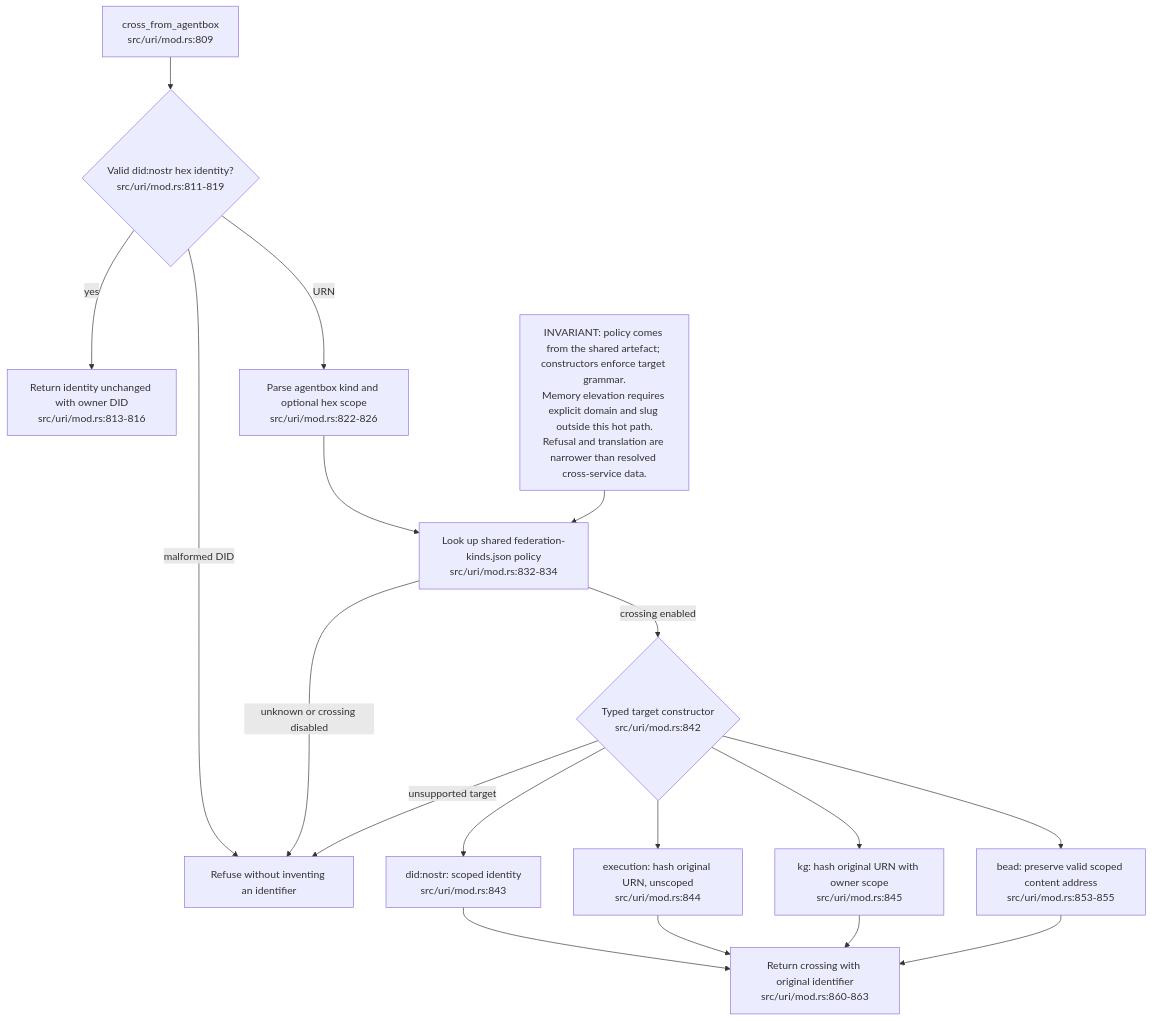
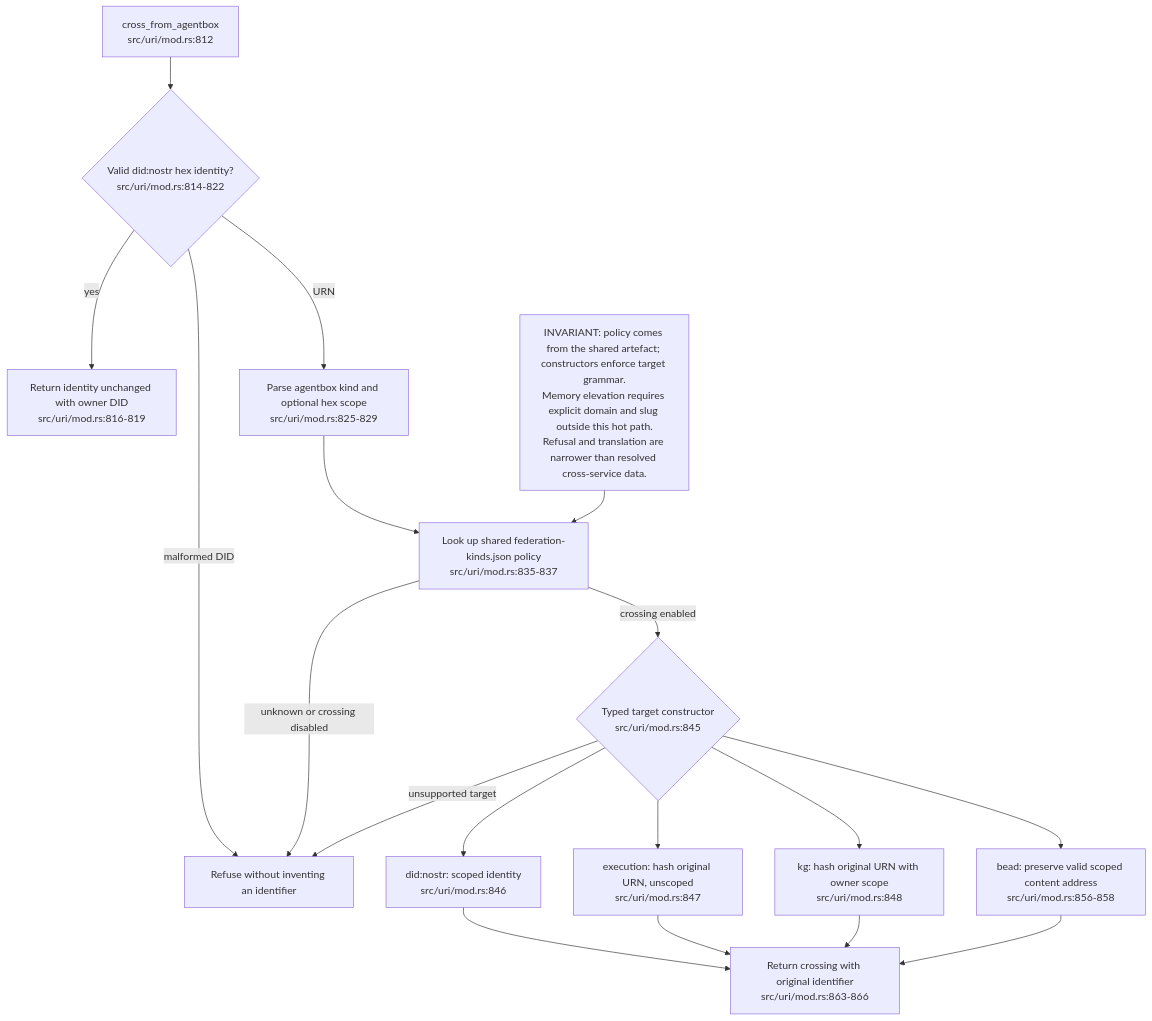
Before and after one commit to DreamLab-AI/VisionFlow: the fourth of 12 diagrams in docs/diagrams/estate/03-cross-repo-federation-contract.md, drawn with Mermaid. The commit also changed other lines of this file and 91 other files, not shown here.

````diff
--- a/docs/diagrams/estate/03-cross-repo-federation-contract.md
+++ b/docs/diagrams/estate/03-cross-repo-federation-contract.md
@@ -176,20 +191,20 @@
 ```mermaid
 flowchart TD
-    IN["cross_from_agentbox<br/>src/uri/mod.rs:809"] --> DID{"Valid did:nostr hex identity?<br/>src/uri/mod.rs:811-819"}
-    DID -->|yes| SAME["Return identity unchanged with owner DID<br/>src/uri/mod.rs:813-816"]
+    IN["cross_from_agentbox<br/>src/uri/mod.rs:812"] --> DID{"Valid did:nostr hex identity?<br/>src/uri/mod.rs:814-822"}
+    DID -->|yes| SAME["Return identity unchanged with owner DID<br/>src/uri/mod.rs:816-819"]
     DID -->|malformed DID| NO["Refuse without inventing an identifier"]
-    DID -->|URN| PARSE["Parse agentbox kind and optional hex scope<br/>src/uri/mod.rs:822-826"]
-    PARSE --> ROW["Look up shared federation-kinds.json policy<br/>src/uri/mod.rs:832-834"]
+    DID -->|URN| PARSE["Parse agentbox kind and optional hex scope<br/>src/uri/mod.rs:825-829"]
+    PARSE --> ROW["Look up shared federation-kinds.json policy<br/>src/uri/mod.rs:835-837"]
     ROW -->|unknown or crossing disabled| NO
-    ROW -->|crossing enabled| TARGET{"Typed target constructor<br/>src/uri/mod.rs:842"}
-    TARGET --> ID["did:nostr: scoped identity<br/>src/uri/mod.rs:843"]
-    TARGET --> EXEC["execution: hash original URN, unscoped<br/>src/uri/mod.rs:844"]
-    TARGET --> KG["kg: hash original URN with owner scope<br/>src/uri/mod.rs:845"]
-    TARGET --> BEAD["bead: preserve valid scoped content address<br/>src/uri/mod.rs:853-855"]
+    ROW -->|crossing enabled| TARGET{"Typed target constructor<br/>src/uri/mod.rs:845"}
+    TARGET --> ID["did:nostr: scoped identity<br/>src/uri/mod.rs:846"]
+    TARGET --> EXEC["execution: hash original URN, unscoped<br/>src/uri/mod.rs:847"]
+    TARGET --> KG["kg: hash original URN with owner scope<br/>src/uri/mod.rs:848"]
+    TARGET --> BEAD["bead: preserve valid scoped content address<br/>src/uri/mod.rs:856-858"]
     TARGET -->|unsupported target| NO
-    ID --> OUT["Return crossing with original identifier<br/>src/uri/mod.rs:860-863"]
+    ID --> OUT["Return crossing with original identifier<br/>src/uri/mod.rs:863-866"]
     EXEC --> OUT
     KG --> OUT
     BEAD --> OUT
     NOTE["INVARIANT: policy comes from the shared artefact; constructors enforce target grammar.<br/>Memory elevation requires explicit domain and slug outside this hot path.<br/>Refusal and translation are narrower than resolved cross-service data."] --> ROW
 ```
````
